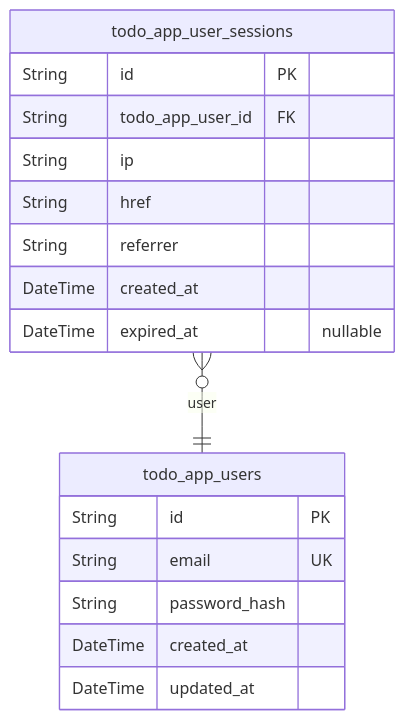
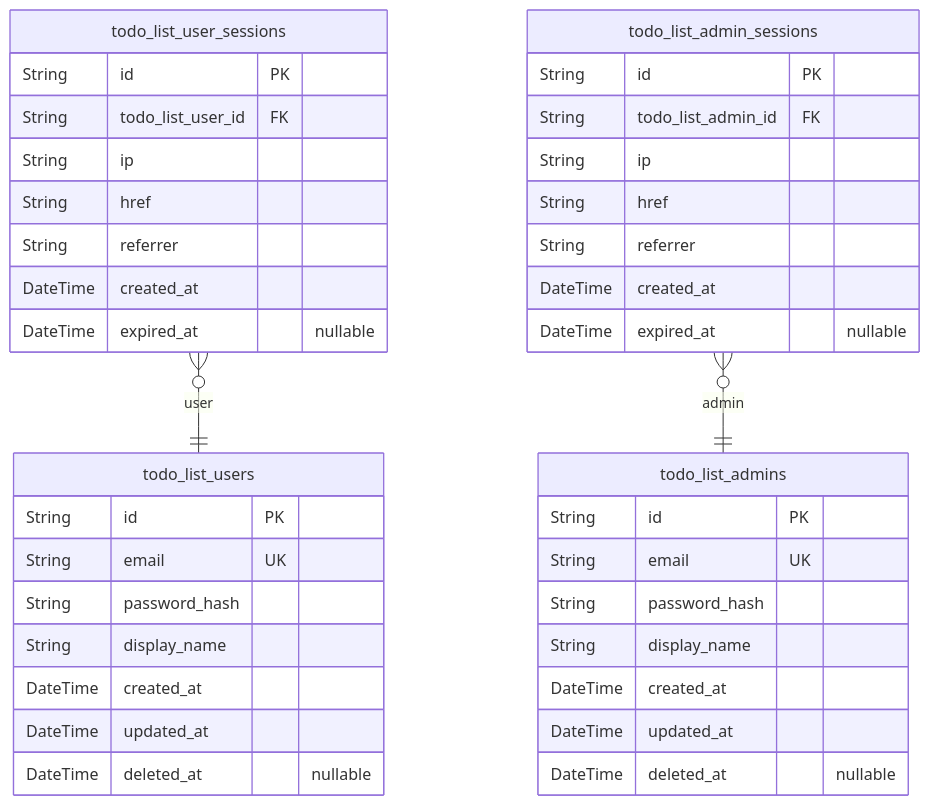
One commit to wrtnlabs/autobe-examples changed the second of 4 diagrams in x-ai/grok-code-fast-1/todo/docs/ERD.md. Above: the diagram before and after it, drawn with Mermaid. The commit also changed other lines of this file and 3372 other files, not shown here.

````diff
--- a/x-ai/grok-code-fast-1/todo/docs/ERD.md
+++ b/x-ai/grok-code-fast-1/todo/docs/ERD.md
@@ -10,20 +67,41 @@
 ```mermaid
 erDiagram
-"todo_app_users" {
+"todo_list_users" {
   String id PK
   String email UK
   String password_hash
+  String display_name
   DateTime created_at
   DateTime updated_at
+  DateTime deleted_at "nullable"
 }
-"todo_app_user_sessions" {
+"todo_list_user_sessions" {
   String id PK
-  String todo_app_user_id FK
+  String todo_list_user_id FK
   String ip
   String href
   String referrer
   DateTime created_at
   DateTime expired_at "nullable"
 }
-"todo_app_user_sessions" }o--|| "todo_app_users" : user
+"todo_list_admins" {
+  String id PK
+  String email UK
+  String password_hash
+  String display_name
+  DateTime created_at
+  DateTime updated_at
+  DateTime deleted_at "nullable"
+}
+"todo_list_admin_sessions" {
+  String id PK
+  String todo_list_admin_id FK
+  String ip
+  String href
+  String referrer
+  DateTime created_at
+  DateTime expired_at "nullable"
+}
+"todo_list_user_sessions" }o--|| "todo_list_users" : user
+"todo_list_admin_sessions" }o--|| "todo_list_admins" : admin
 ```
````
